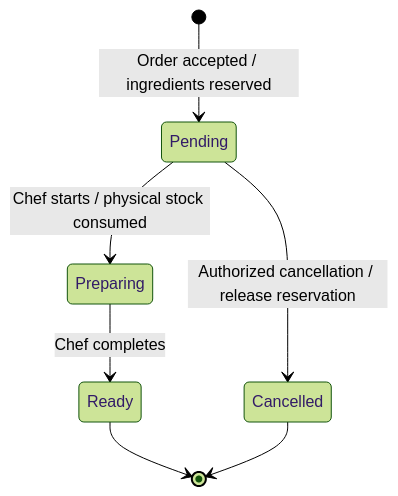
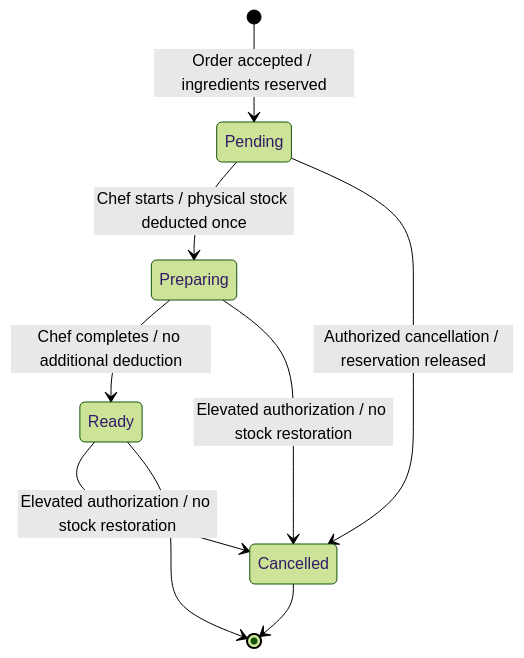
One commit to seng321-7th-team/PantryChef changed the second of 2 diagrams in docs/system-vision.md. Above: the diagram before and after it, drawn with Mermaid (forest theme). The commit also changed other lines of this file, not shown here.

````diff
--- a/docs/system-vision.md
+++ b/docs/system-vision.md
@@ -229,9 +256,14 @@
 ```mermaid
 stateDiagram-v2
     [*] --> Pending: Order accepted / ingredients reserved
-    Pending --> Preparing: Chef starts / physical stock consumed
-    Preparing --> Ready: Chef completes
-    Pending --> Cancelled: Authorized cancellation / release reservation
+
+    Pending --> Preparing: Chef starts / physical stock deducted once
+    Preparing --> Ready: Chef completes / no additional deduction
+
+    Pending --> Cancelled: Authorized cancellation / reservation released
+    Preparing --> Cancelled: Elevated authorization / no stock restoration
+    Ready --> Cancelled: Elevated authorization / no stock restoration
+
     Ready --> [*]
     Cancelled --> [*]
 ```
````
